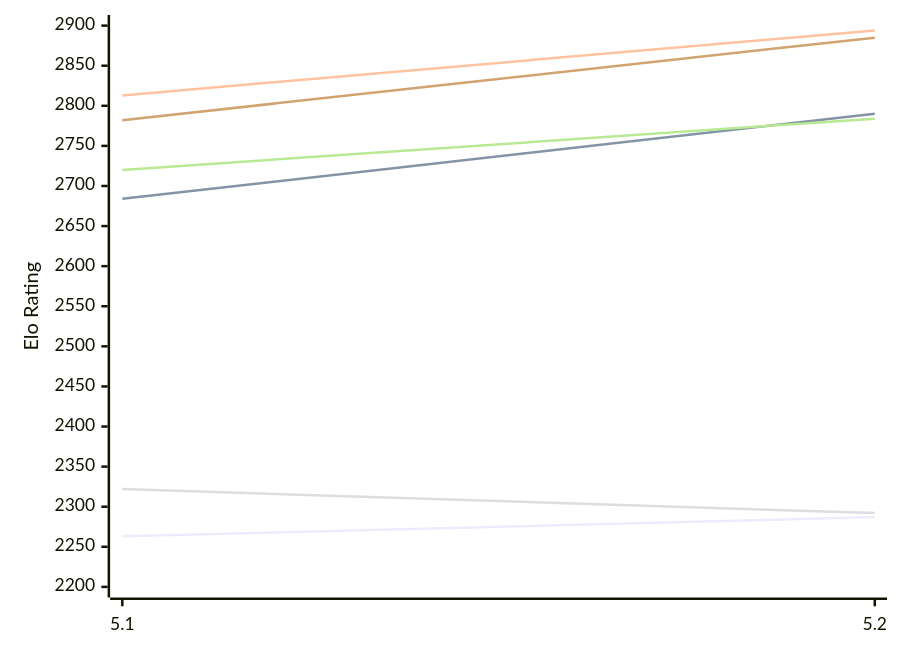
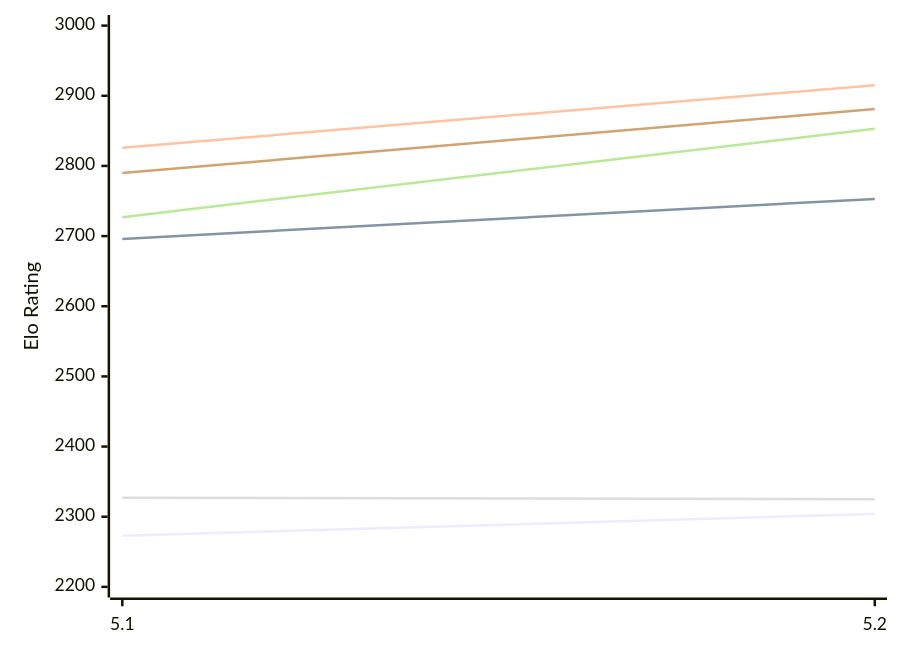
Before and after one commit to computer-chess-index/cci: the first of 2 diagrams in engines/Dorky.md, drawn with Mermaid. The commit also changed other lines of this file, not shown here.

Commit message:
Update CCI Ratings (ELO VLTC) - 2026-10-25

````diff
--- a/engines/Dorky.md
+++ b/engines/Dorky.md
@@ -50,12 +50,12 @@
 ```mermaid
 %%{init: {"theme":"base","themeVariables":{"seriesColors:['#a3a3a3','#222221','#faa371']}}}%%
 xychart-beta
   x-axis ["5.1", "5.2"]
-  y-axis "Elo Rating" 2200 --> 2900
-  line "E1: STC (8.0+0.08s)" [2263, 2287]
-  line "E1: LTC (60.0+0.60s)" [2684, 2790]
-  line "E1: VLTC (2m24s+1.12s)" [2813, 2894]
-  line "P1: STC (8.0+0.08s)" [2322, 2292]
-  line "P1: LTC (60.0+0.60s)" [2720, 2784]
-  line "P1: VLTC (2m24s+1.12s)" [2782, 2885]
+  y-axis "Elo Rating" 2200 --> 3000
+  line "E1: STC (8.0+0.08s)" [2273, 2304]
+  line "E1: LTC (60.0+0.60s)" [2696, 2753]
+  line "E1: VLTC (2m24s+1.12s)" [2826, 2915]
+  line "P1: STC (8.0+0.08s)" [2327, 2325]
+  line "P1: LTC (60.0+0.60s)" [2727, 2853]
+  line "P1: VLTC (2m24s+1.12s)" [2790, 2881]
 ```
````
